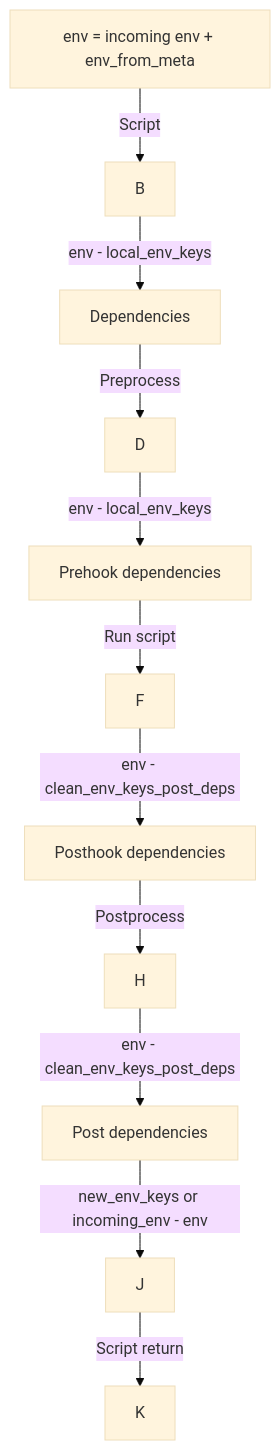
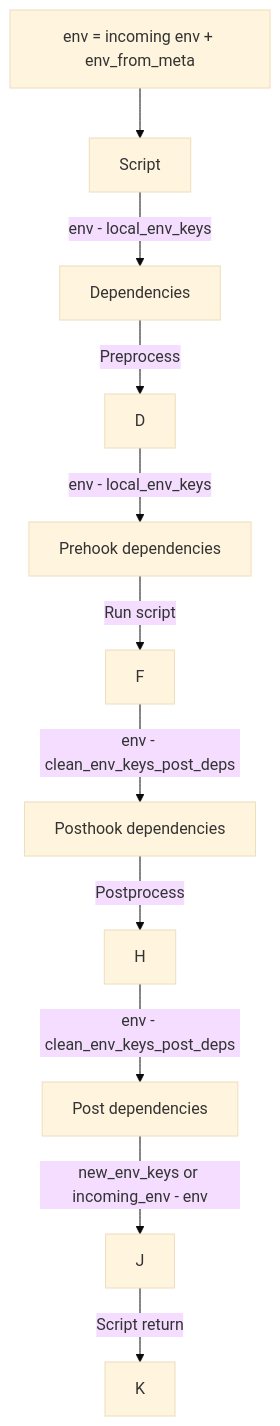
Before and after one commit to sujik18/mlperf-automations: the diagram in docs/index.md, drawn with Mermaid (base theme).

````diff
--- a/docs/index.md
+++ b/docs/index.md
@@ -13,14 +13,14 @@
 ```mermaid
 graph TD
-    A[env = incoming env + env_from_meta] -->|Script| B
+    A[env = incoming env + env_from_meta] -->B[Script]
     B -->|env - local_env_keys| C
     C[Dependencies] -->|Preprocess| D
     D -->|env - local_env_keys| E
     E[Prehook dependencies] -->|Run script| F
     F -->|env - clean_env_keys_post_deps| G
     G[Posthook dependencies] -->|Postprocess| H
     H -->|env - clean_env_keys_post_deps| I
     I[Post dependencies] -->|new_env_keys or incoming_env - env| J
     J -->|Script return| K
 
 ```
````
